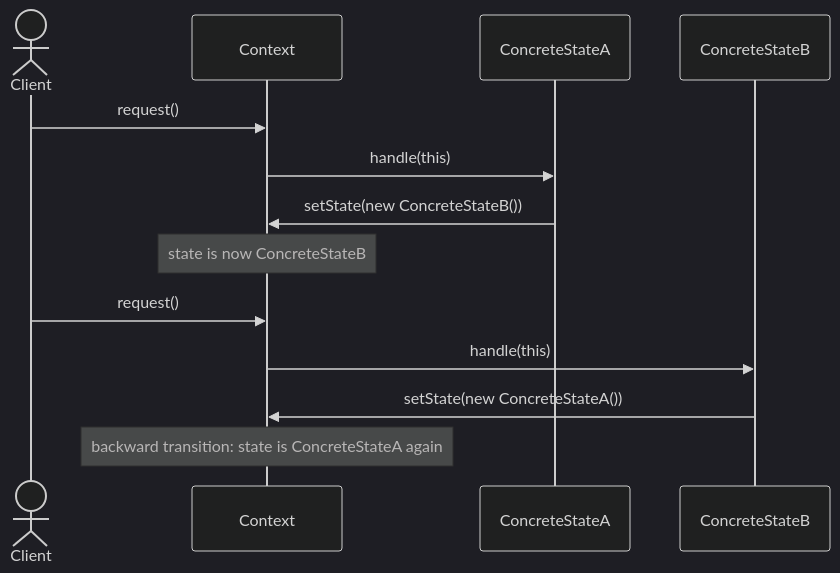
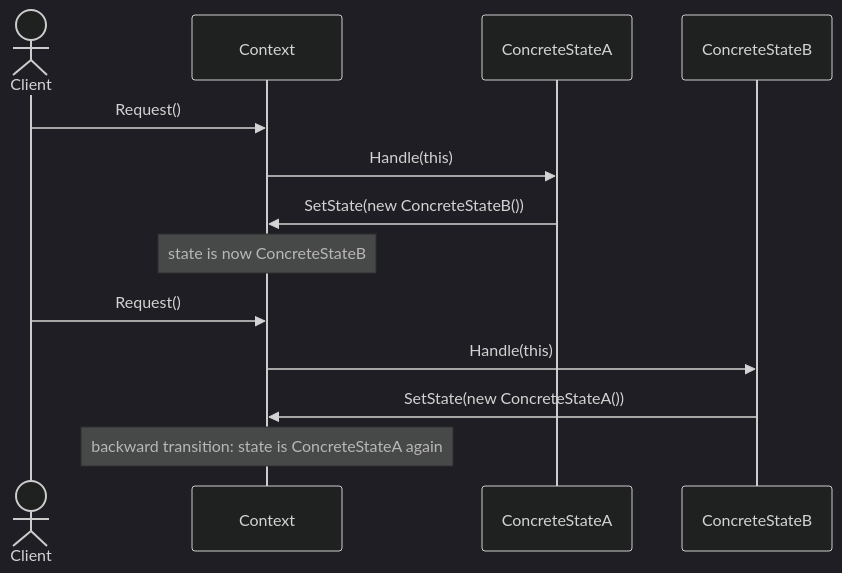
One commit to jeff-adkisson/swe-4743-spring-2026-oo-design changed the sixth of 18 diagrams in presentations/12-state-machine-pattern.md. Above: the diagram before and after it, drawn with Mermaid (dark theme). The commit also changed other lines of this file, not shown here.

````diff
--- a/presentations/12-state-machine-pattern.md
+++ b/presentations/12-state-machine-pattern.md
@@ -238,17 +239,17 @@
 ```mermaid
 sequenceDiagram
     actor Client
     participant Context
     participant StateA as ConcreteStateA
     participant StateB as ConcreteStateB
 
-    Client->>Context: request()
-    Context->>StateA: handle(this)
-    StateA->>Context: setState(new ConcreteStateB())
+    Client->>Context: Request()
+    Context->>StateA: Handle(this)
+    StateA->>Context: SetState(new ConcreteStateB())
     Note over Context: state is now ConcreteStateB
 
-    Client->>Context: request()
-    Context->>StateB: handle(this)
-    StateB->>Context: setState(new ConcreteStateA())
+    Client->>Context: Request()
+    Context->>StateB: Handle(this)
+    StateB->>Context: SetState(new ConcreteStateA())
     Note over Context: backward transition: state is ConcreteStateA again
 ```
````
